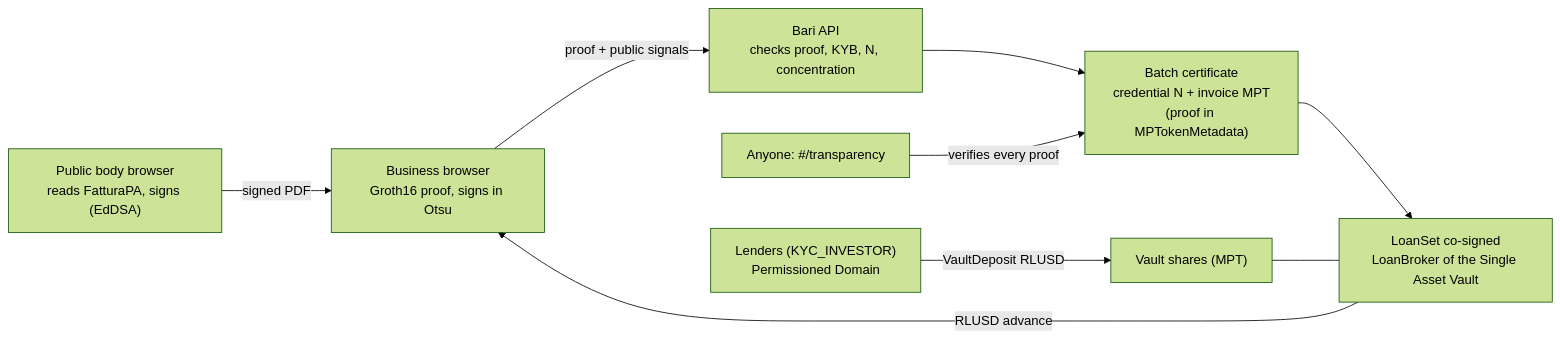
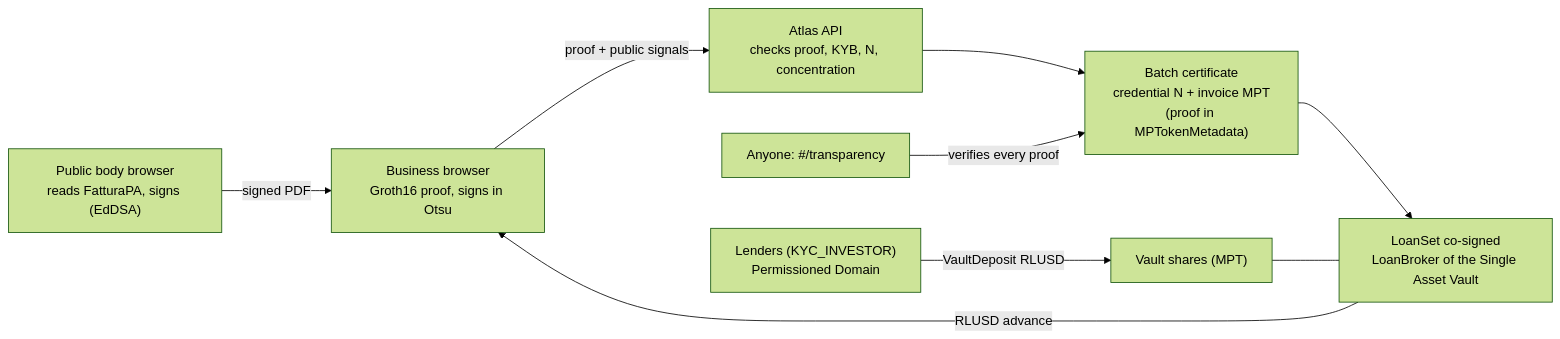
The diagram in README.md (STOOOKEEE/carboidrato), drawn with Mermaid (forest theme) before and after one commit. The commit also changed other lines of this file and 46 other files, not shown here.

````diff
--- a/README.md
+++ b/README.md
@@ -51,11 +51,11 @@
 ```mermaid
 flowchart LR
   PB["Public body browser<br/>reads FatturaPA, signs (EdDSA)"] -->|signed PDF| SME["Business browser<br/>Groth16 proof, signs in Otsu"]
-  SME -->|proof + public signals| API["Bari API<br/>checks proof, KYB, N, concentration"]
+  SME -->|proof + public signals| API["Atlas API<br/>checks proof, KYB, N, concentration"]
   API --> BATCH["Batch certificate<br/>credential N + invoice MPT<br/>(proof in MPTokenMetadata)"]
   BATCH --> LOAN["LoanSet co-signed<br/>LoanBroker of the Single Asset Vault"]
   LOAN -->|RLUSD advance| SME
   LENDERS["Lenders (KYC_INVESTOR)<br/>Permissioned Domain"] -->|VaultDeposit RLUSD| VAULT["Vault shares (MPT)"]
   VAULT --- LOAN
   ANY["Anyone: #/transparency"] -->|verifies every proof| BATCH
 ```
````
